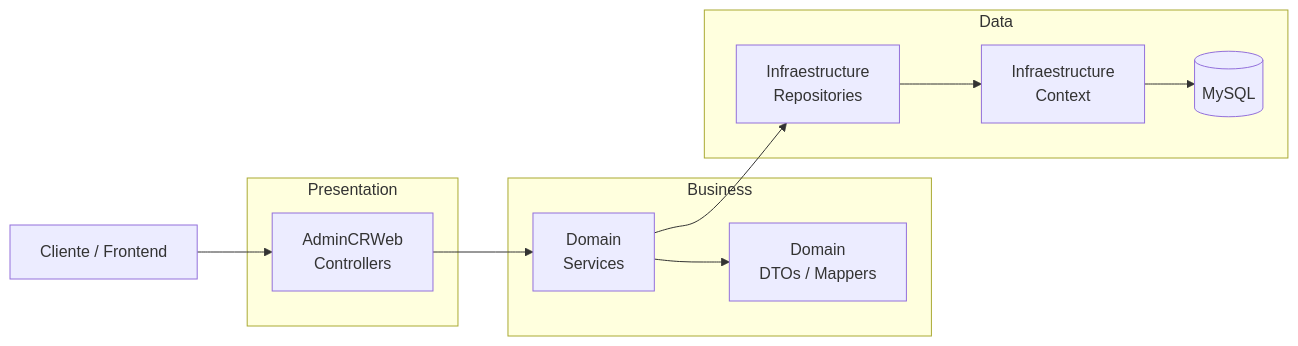
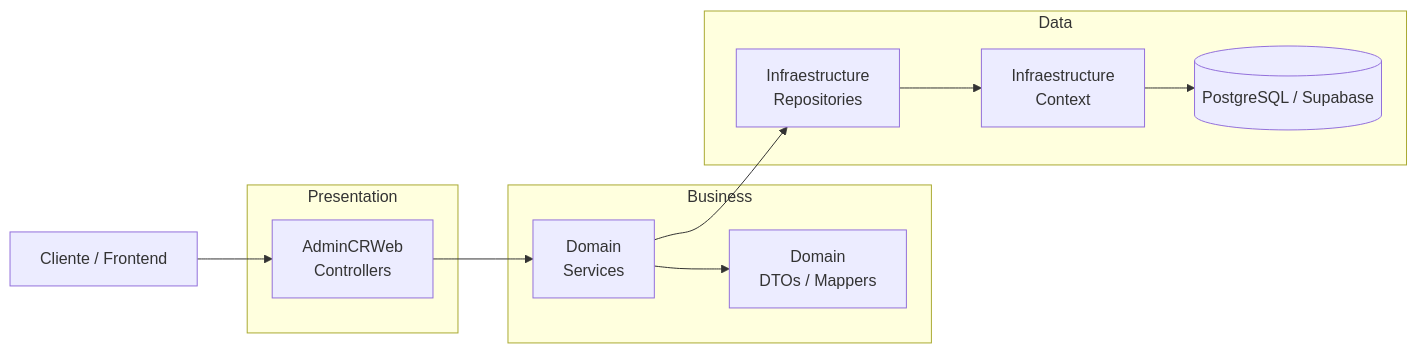
Before and after one commit to ValenAH/AdminCR_Backend: the first of 2 diagrams in README.md, drawn with Mermaid. The commit also changed other lines of this file and 7 other files, not shown here.

````diff
--- a/README.md
+++ b/README.md
@@ -13,24 +13,24 @@
 ```mermaid
 flowchart LR
     A[Cliente / Frontend] --> B[AdminCRWeb\nControllers]
     B --> C[Domain\nServices]
     C --> D[Domain\nDTOs / Mappers]
     C --> E[Infraestructure\nRepositories]
     E --> F[Infraestructure\nContext]
-    F --> G[(MySQL)]
+    F --> G[(PostgreSQL / Supabase)]
 
     subgraph Presentation
         B
     end
 
     subgraph Business
         C
         D
     end
 
     subgraph Data
         E
         F
         G
     end
 ```
````
